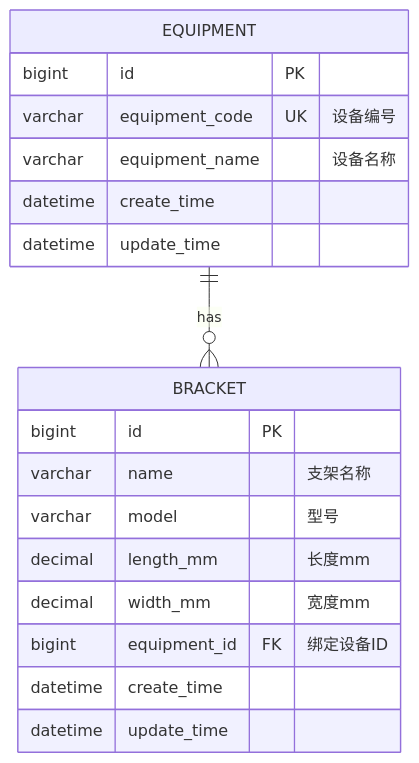
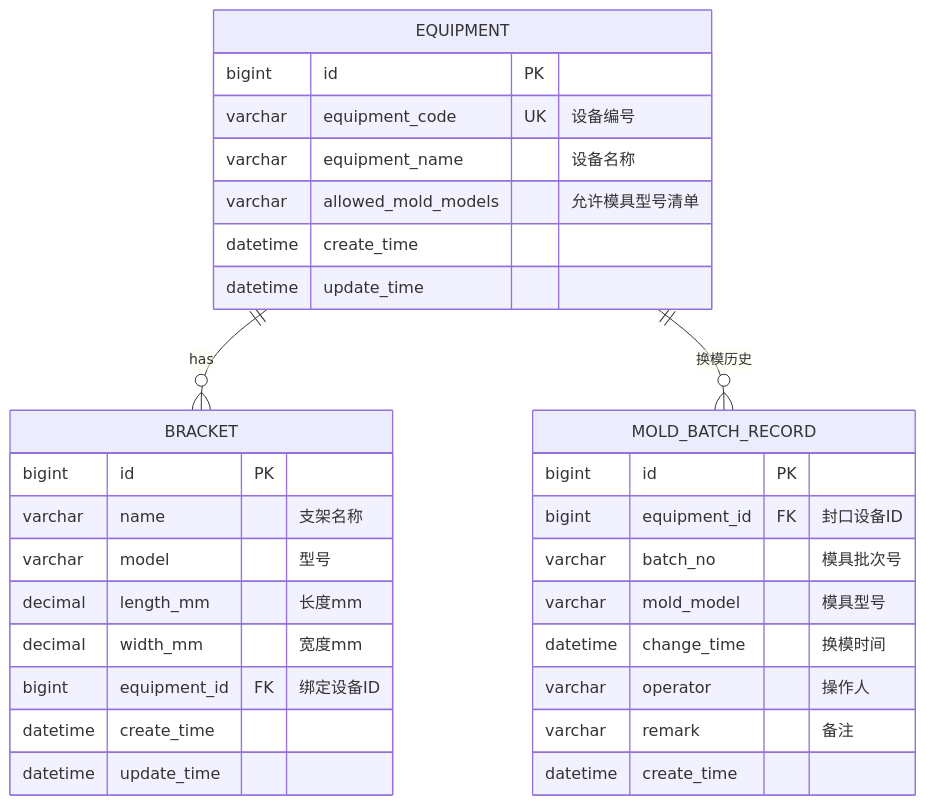
Before and after one commit to QDqiaodong/qd-124: the third of 3 diagrams in .trae/documents/技术架构-封口机支架绑定管理系统.md, drawn with Mermaid. The commit also changed other lines of this file and 31 other files, not shown here.

````diff
--- a/.trae/documents/技术架构-封口机支架绑定管理系统.md
+++ b/.trae/documents/技术架构-封口机支架绑定管理系统.md
@@ -128,21 +130,33 @@
 ```mermaid
 erDiagram
     EQUIPMENT ||--o{ BRACKET : "has"
+    EQUIPMENT ||--o{ MOLD_BATCH_RECORD : "换模历史"
     EQUIPMENT {
         bigint id PK
         varchar equipment_code UK "设备编号"
         varchar equipment_name "设备名称"
+        varchar allowed_mold_models "允许模具型号清单"
         datetime create_time
         datetime update_time
     }
     BRACKET {
         bigint id PK
         varchar name "支架名称"
         varchar model "型号"
         decimal length_mm "长度mm"
         decimal width_mm "宽度mm"
         bigint equipment_id FK "绑定设备ID"
         datetime create_time
         datetime update_time
     }
+    MOLD_BATCH_RECORD {
+        bigint id PK
+        bigint equipment_id FK "封口设备ID"
+        varchar batch_no "模具批次号"
+        varchar mold_model "模具型号"
+        datetime change_time "换模时间"
+        varchar operator "操作人"
+        varchar remark "备注"
+        datetime create_time
+    }
 ```
````
